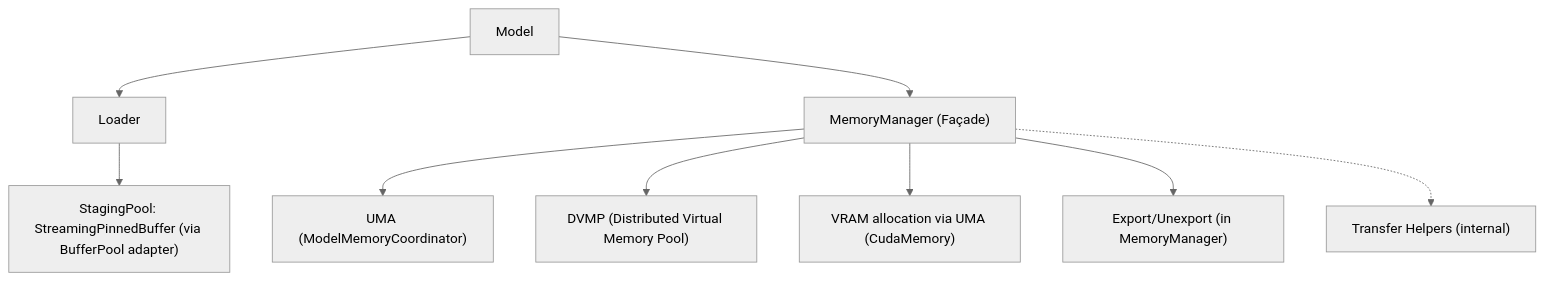
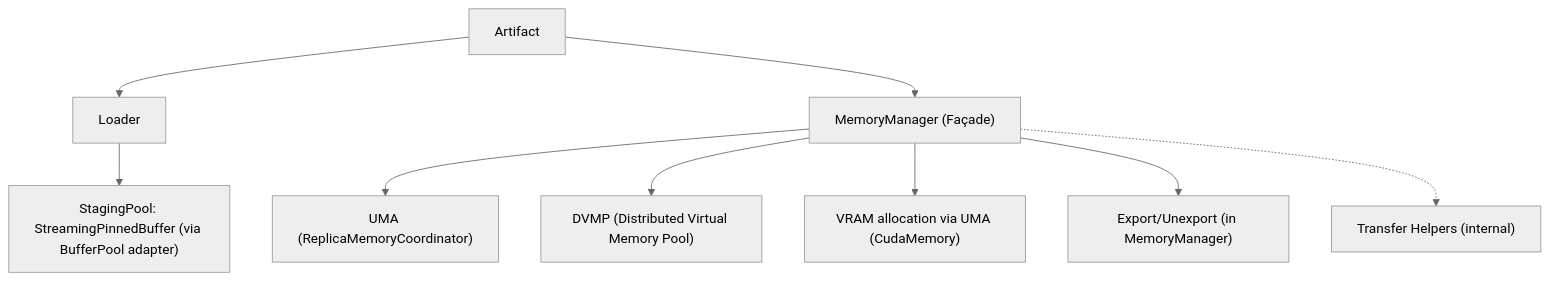
One commit to tensorcast-ai/tensorcast changed the diagram in rfcs/0002-memory-architecture-refactor.md. Above: the diagram before and after it, drawn with Mermaid (neutral theme). The commit also changed other lines of this file and 331 other files, not shown here.

Commit message:
refactor: refactor model to artifact & replica

````diff
--- a/rfcs/0002-memory-architecture-refactor.md
+++ b/rfcs/0002-memory-architecture-refactor.md
@@ -153,11 +153,11 @@
 ```mermaid
 graph TD;
-  A["Model"] --> B["Loader"];
+  A["Artifact"] --> B["Loader"];
   A --> C["MemoryManager (Façade)"];
-  C --> G["UMA (ModelMemoryCoordinator)"];
+  C --> G["UMA (ReplicaMemoryCoordinator)"];
   C --> H["DVMP (Distributed Virtual Memory Pool)"];
   C --> I["VRAM allocation via UMA (CudaMemory)"];
   C --> J["Export/Unexport (in MemoryManager)"];
   B --> S["StagingPool: StreamingPinnedBuffer (via BufferPool adapter)"];
   C -.-> T["Transfer Helpers (internal)"];
 ```
````
